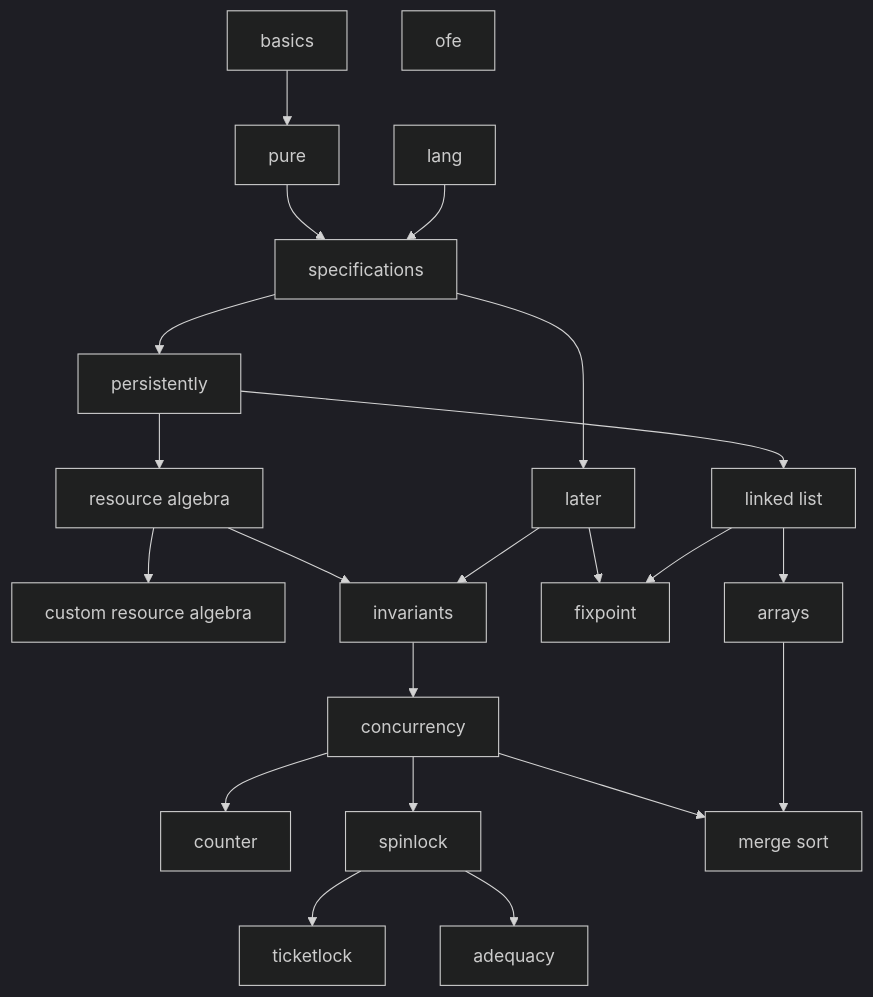
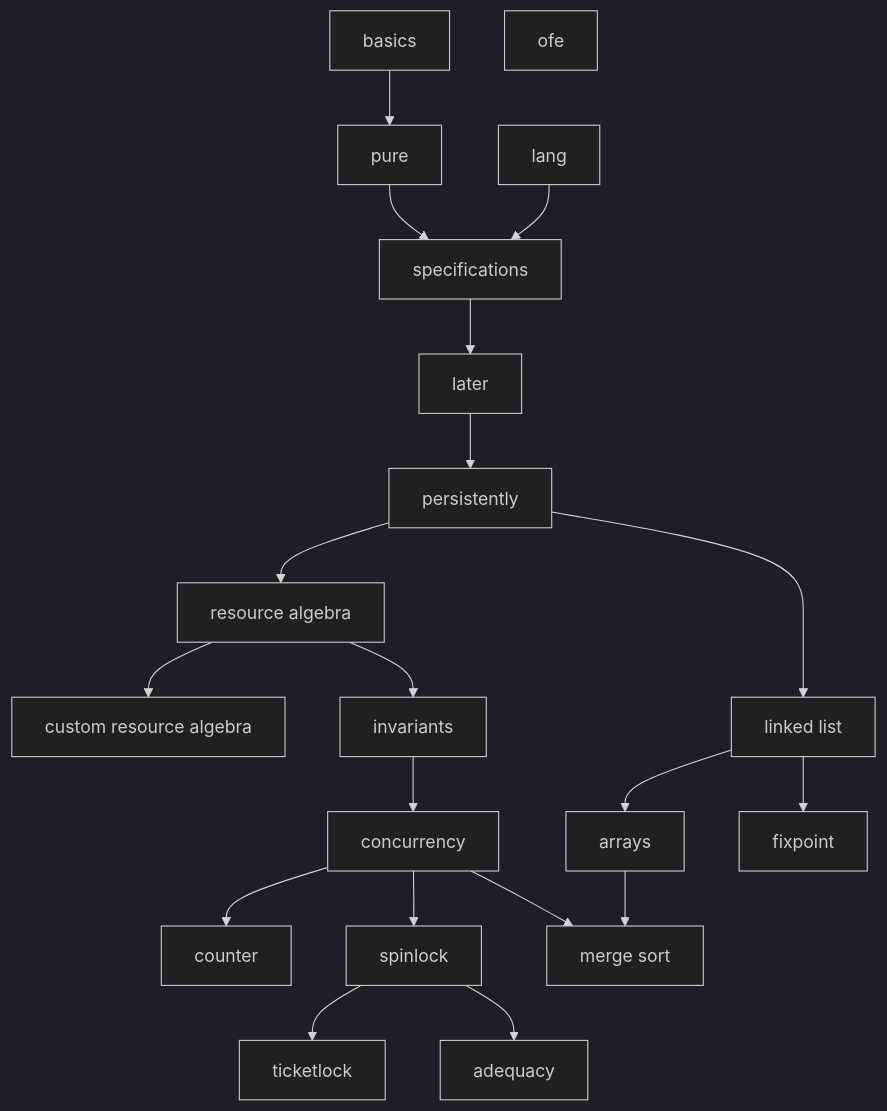
Before and after one commit to logsem/iris-tutorial: the diagram in graph.md, drawn with Mermaid (dark theme). The commit also changed 3 other files, not shown here.

````diff
--- a/graph.md
+++ b/graph.md
@@ -1,29 +1,28 @@
 ```mermaid
 graph TD;
   basics --> pure;
   pure --> specs[specifications];
   lang --> specs;
-  specs -->  pers[persistently];
+  specs --> later;
+  later -->  pers[persistently];
+
+  pers -->  ra[resource algebra];
+
   ra --> cst_ra[custom resource algebra];
   ra --> invariants;
   invariants --> conc[concurrency];
   
   conc --> counter;
   conc --> spinlock;
-  spinlock --> ticketlock;
-  spinlock --> adequacy;
+    spinlock --> ticketlock;
+    spinlock --> adequacy;
 
   pers --> linklist[linked list];
-  pers -->  ra[resource algebra];
+  linklist --> arrays;
 
-  specs --> later;
-  later --> invariants;
-  later --> fix[fixpoint];
   linklist --> fix[fixpoint];
 
-  linklist --> arrays;
   conc --> merge;
   arrays --> merge[merge sort];
-
   ofe;
 ```
````
